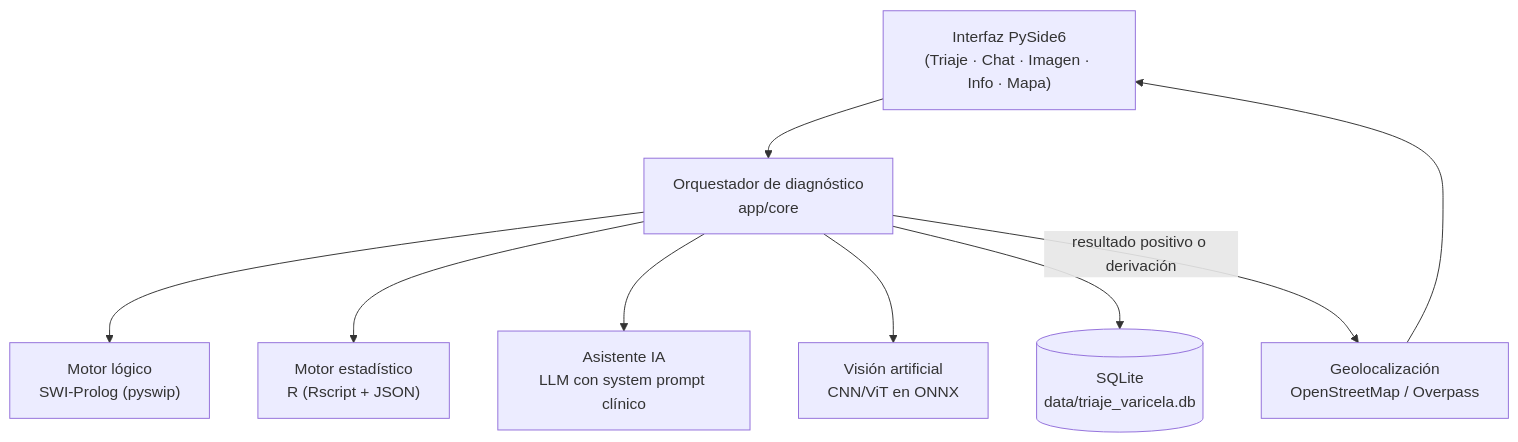
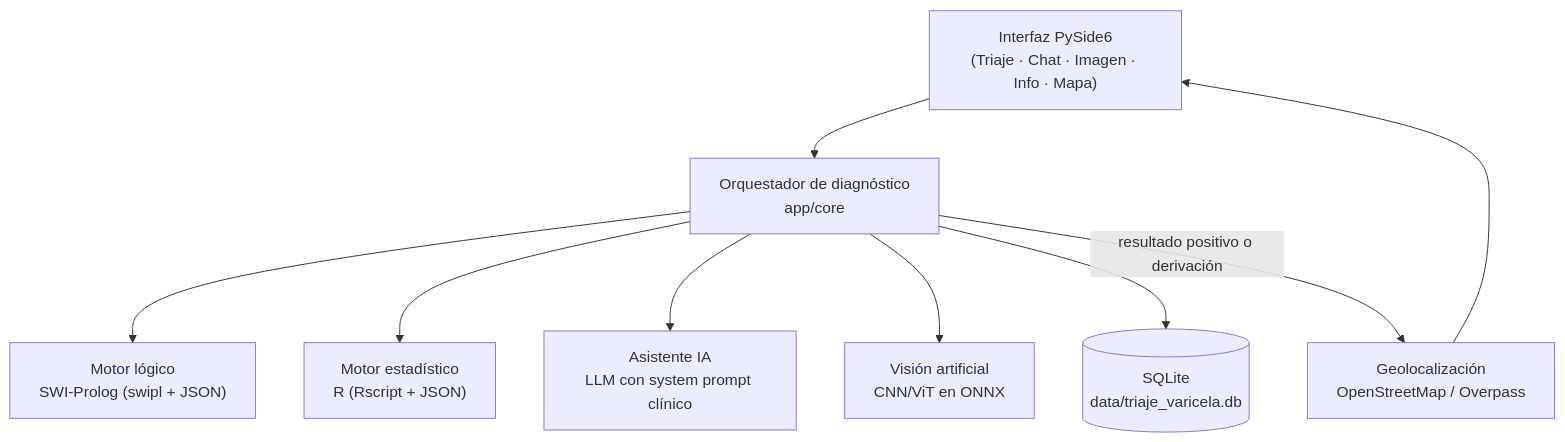
One commit to alanavalosgonzalez/triaje-varicela changed the first of 2 diagrams in docs/ARQUITECTURA.md. Above: the diagram before and after it, drawn with Mermaid. The commit also changed other lines of this file and 14 other files, not shown here.

````diff
--- a/docs/ARQUITECTURA.md
+++ b/docs/ARQUITECTURA.md
@@ -7,20 +7,20 @@
 ```mermaid
 flowchart TB
     UI["Interfaz PySide6<br/>(Triaje · Chat · Imagen · Info · Mapa)"]
     ORQ["Orquestador de diagnóstico<br/>app/core"]
-    PL["Motor lógico<br/>SWI-Prolog (pyswip)"]
+    PL["Motor lógico<br/>SWI-Prolog (swipl + JSON)"]
     R["Motor estadístico<br/>R (Rscript + JSON)"]
     LLM["Asistente IA<br/>LLM con system prompt clínico"]
     VIS["Visión artificial<br/>CNN/ViT en ONNX"]
     DB[("SQLite<br/>data/triaje_varicela.db")]
     GEO["Geolocalización<br/>OpenStreetMap / Overpass"]
 
     UI --> ORQ
     ORQ --> PL
     ORQ --> R
     ORQ --> LLM
     ORQ --> VIS
     ORQ --> DB
     ORQ -- "resultado positivo o derivación" --> GEO
     GEO --> UI
 ```
````
